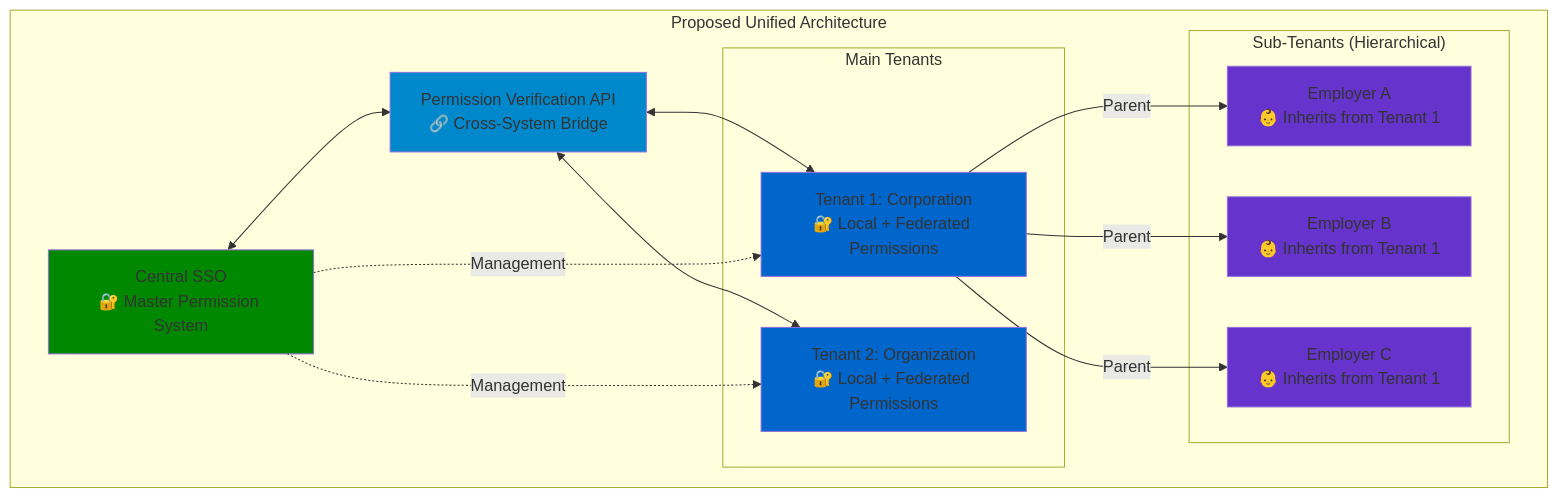
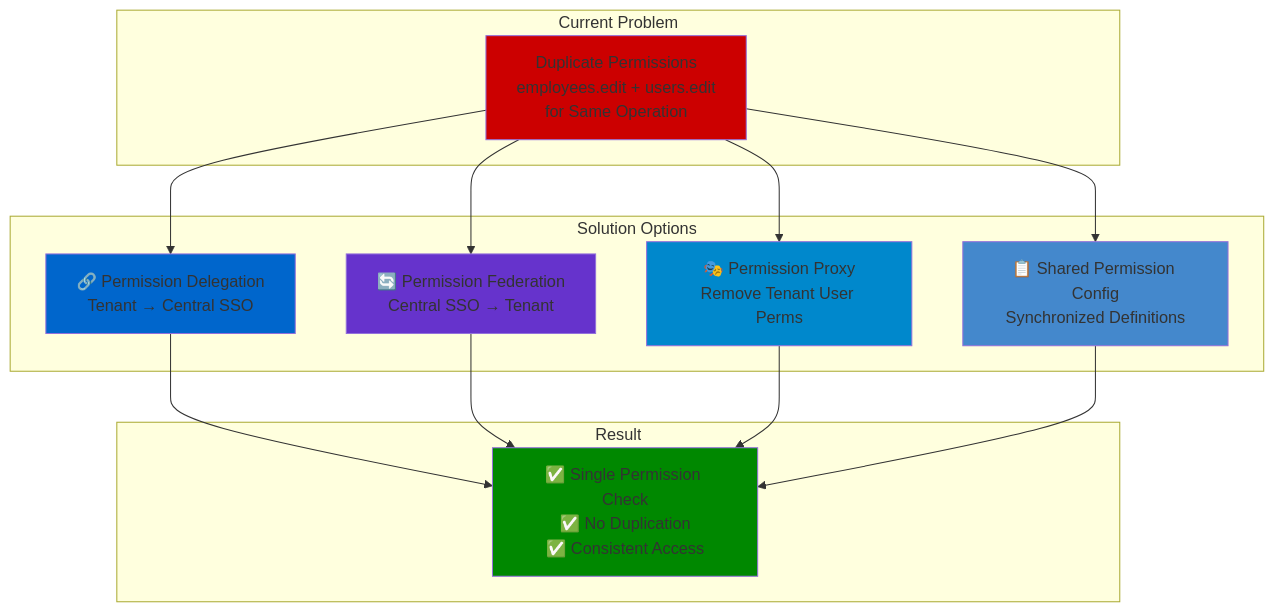
One commit to hi-dil/SSO-POC changed diagram 13 of 22 in docs/architecture/challenges-and-solutions.md. Above: the diagram before and after it, drawn with Mermaid. The commit also changed other lines of this file and 4 other files, not shown here.

````diff
--- a/docs/architecture/challenges-and-solutions.md
+++ b/docs/architecture/challenges-and-solutions.md
@@ -444,37 +498,29 @@
 ```mermaid
 graph TB
-    subgraph "Proposed Unified Architecture"
-        SSO[Central SSO<br/>🔐 Master Permission System]
-        API[Permission Verification API<br/>🔗 Cross-System Bridge]
-        
-        subgraph "Main Tenants"
-            T1[Tenant 1: Corporation<br/>🔐 Local + Federated Permissions]
-            T2[Tenant 2: Organization<br/>🔐 Local + Federated Permissions]
-        end
-        
-        subgraph "Sub-Tenants (Hierarchical)"
-            ST1[Employer A<br/>👶 Inherits from Tenant 1]
-            ST2[Employer B<br/>👶 Inherits from Tenant 1]
-            ST3[Employer C<br/>👶 Inherits from Tenant 1]
-        end
-        
-        SSO <--> API
-        API <--> T1
-        API <--> T2
-        
-        T1 -->|Parent| ST1
-        T1 -->|Parent| ST2
-        T1 -->|Parent| ST3
-        
-        SSO -.Management.-> T1
-        SSO -.Management.-> T2
+    subgraph "Current Problem"
+        PROB[Duplicate Permissions<br/>employees.edit + users.edit<br/>for Same Operation]
     end
     
-    style SSO fill:#008800
-    style API fill:#0088cc
-    style T1 fill:#0066cc
-    style T2 fill:#0066cc
-    style ST1 fill:#6633cc
-    style ST2 fill:#6633cc
-    style ST3 fill:#6633cc
+    subgraph "Solution Options"
+        S1[🔗 Permission Delegation<br/>Tenant → Central SSO]
+        S2[🔄 Permission Federation<br/>Central SSO → Tenant]
+        S3[🎭 Permission Proxy<br/>Remove Tenant User Perms]
+        S4[📋 Shared Permission Config<br/>Synchronized Definitions]
+    end
+    
+    subgraph "Result"
+        RESULT[✅ Single Permission Check<br/>✅ No Duplication<br/>✅ Consistent Access]
+    end
+    
+    PROB --> S1 --> RESULT
+    PROB --> S2 --> RESULT
+    PROB --> S3 --> RESULT
+    PROB --> S4 --> RESULT
+    
+    style PROB fill:#cc0000
+    style RESULT fill:#008800
+    style S1 fill:#0066cc
+    style S2 fill:#6633cc
+    style S3 fill:#0088cc
+    style S4 fill:#4488cc
 ```
````
